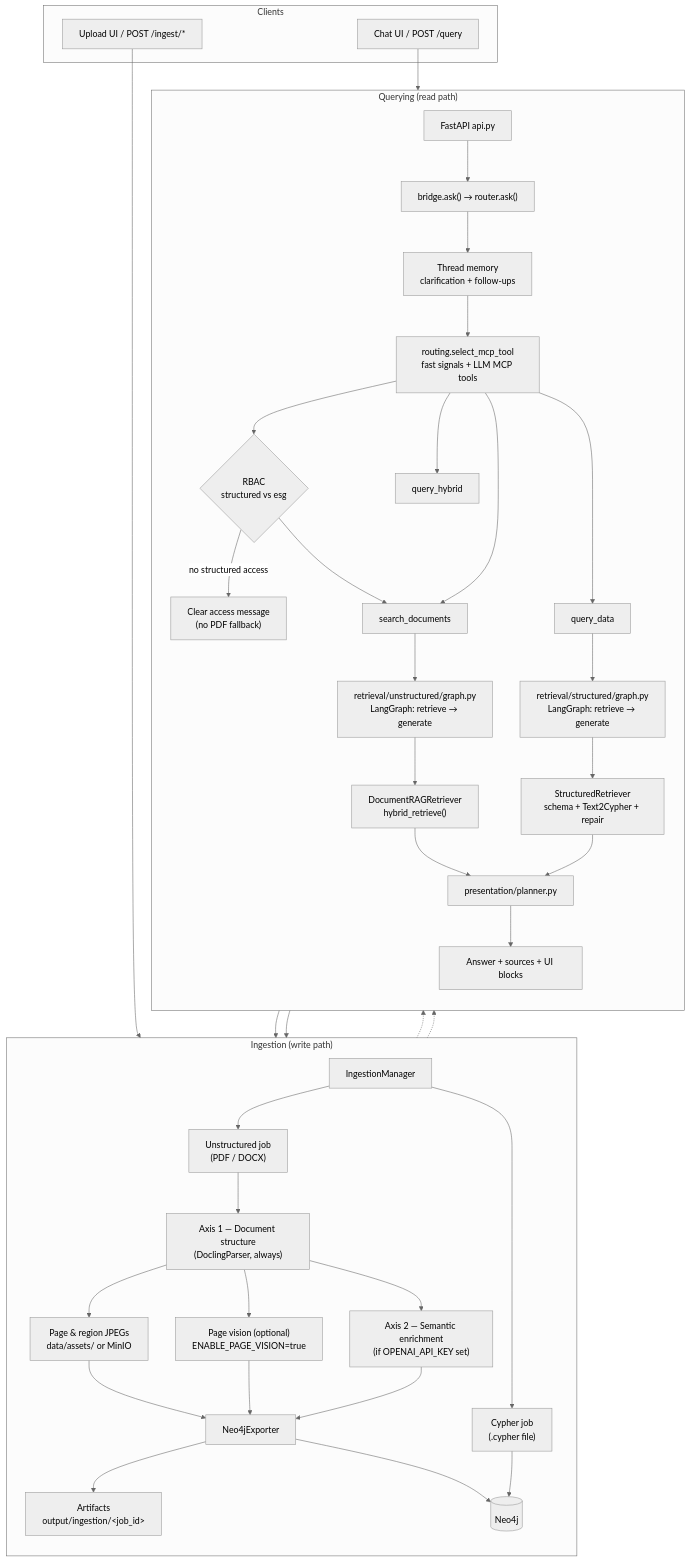
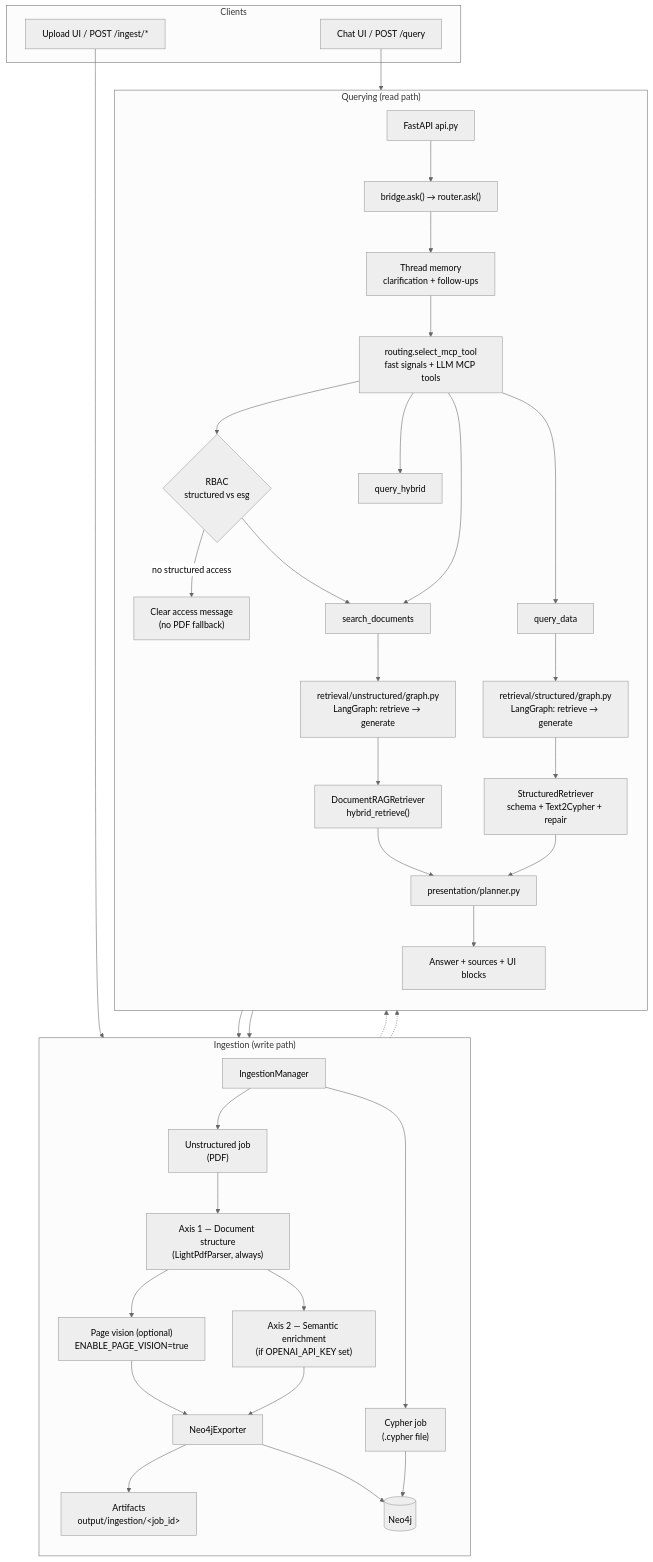
The first of 3 diagrams in README.md (umerjavaidkh/agentic_graph_rag), drawn with Mermaid (neutral theme) before and after one commit. The commit also changed other lines of this file and 43 other files, not shown here.

First line of the commit message:
feat: lightweight parser, document versioning, and scalable ingestion pipeline (#1)

````diff
--- a/README.md
+++ b/README.md
@@ -520,57 +617,55 @@
 ```mermaid
 flowchart TB
     subgraph Clients["Clients"]
         CHAT["Chat UI / POST /query"]
         UP["Upload UI / POST /ingest/*"]
     end
 
     subgraph Ingest["Ingestion (write path)"]
         direction TB
         UP --> IM["IngestionManager"]
-        IM --> U["Unstructured job<br/>(PDF / DOCX)"]
+        IM --> U["Unstructured job<br/>(PDF)"]
         IM --> C["Cypher job<br/>(.cypher file)"]
 
-        U --> A1["Axis 1 — Document structure<br/>(DoclingParser, always)"]
-        A1 --> ASSETS["Page & region JPEGs<br/>data/assets/ or MinIO"]
+        U --> A1["Axis 1 — Document structure<br/>(LightPdfParser, always)"]
         A1 --> VISION["Page vision (optional)<br/>ENABLE_PAGE_VISION=true"]
         A1 --> A2["Axis 2 — Semantic enrichment<br/>(if OPENAI_API_KEY set)"]
-        ASSETS --> EXP["Neo4jExporter"]
-        VISION --> EXP
+        VISION --> EXP["Neo4jExporter"]
         A2 --> EXP
         EXP --> ART["Artifacts<br/>output/ingestion/&lt;job_id&gt;"]
         EXP --> NEO4J[("Neo4j")]
 
         C --> NEO4J
     end
 
     subgraph Query["Querying (read path)"]
         direction TB
         CHAT --> API["FastAPI api.py"]
         API --> ASK["bridge.ask() → router.ask()"]
         ASK --> TM["Thread memory<br/>clarification + follow-ups"]
         TM --> ROUTE["routing.select_mcp_tool<br/>fast signals + LLM MCP tools"]
         ROUTE --> RBAC{"RBAC<br/>structured vs esg"}
 
         RBAC -->|no structured access| DENY["Clear access message<br/>(no PDF fallback)"]
         RBAC --> SD
         ROUTE --> SD["search_documents"]
         ROUTE --> QD["query_data"]
         ROUTE --> HY["query_hybrid"]
 
         SD --> LGU["retrieval/unstructured/graph.py<br/>LangGraph: retrieve → generate"]
         QD --> LGS["retrieval/structured/graph.py<br/>LangGraph: retrieve → generate"]
 
         LGU --> DR["DocumentRAGRetriever<br/>hybrid_retrieve()"]
         LGS --> SR["StructuredRetriever<br/>schema + Text2Cypher + repair"]
 
         DR --> NEO4J
         SR --> NEO4J
 
         DR --> PRES["presentation/planner.py"]
         SR --> PRES
         PRES --> ANS["Answer + sources + UI blocks"]
     end
 
     NEO4J -.-> DR
     NEO4J -.-> SR
 ```
````
